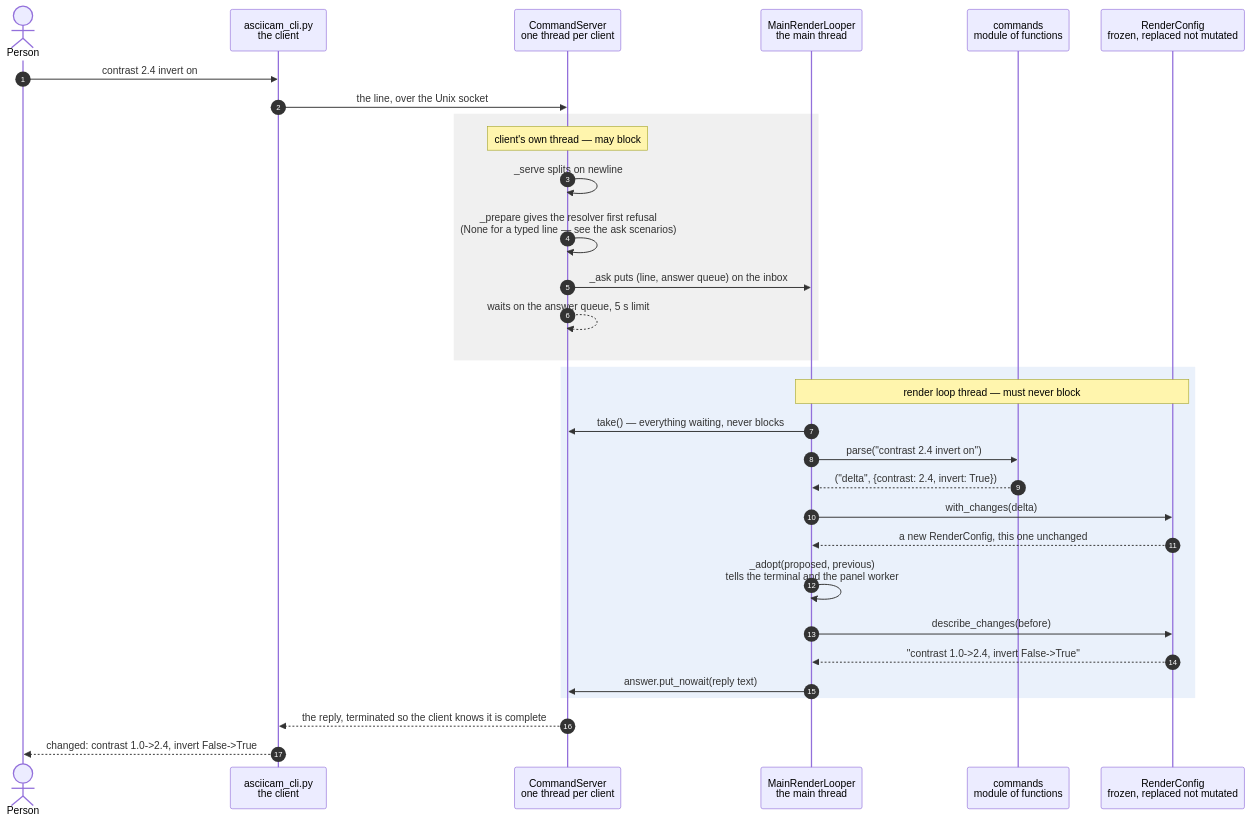
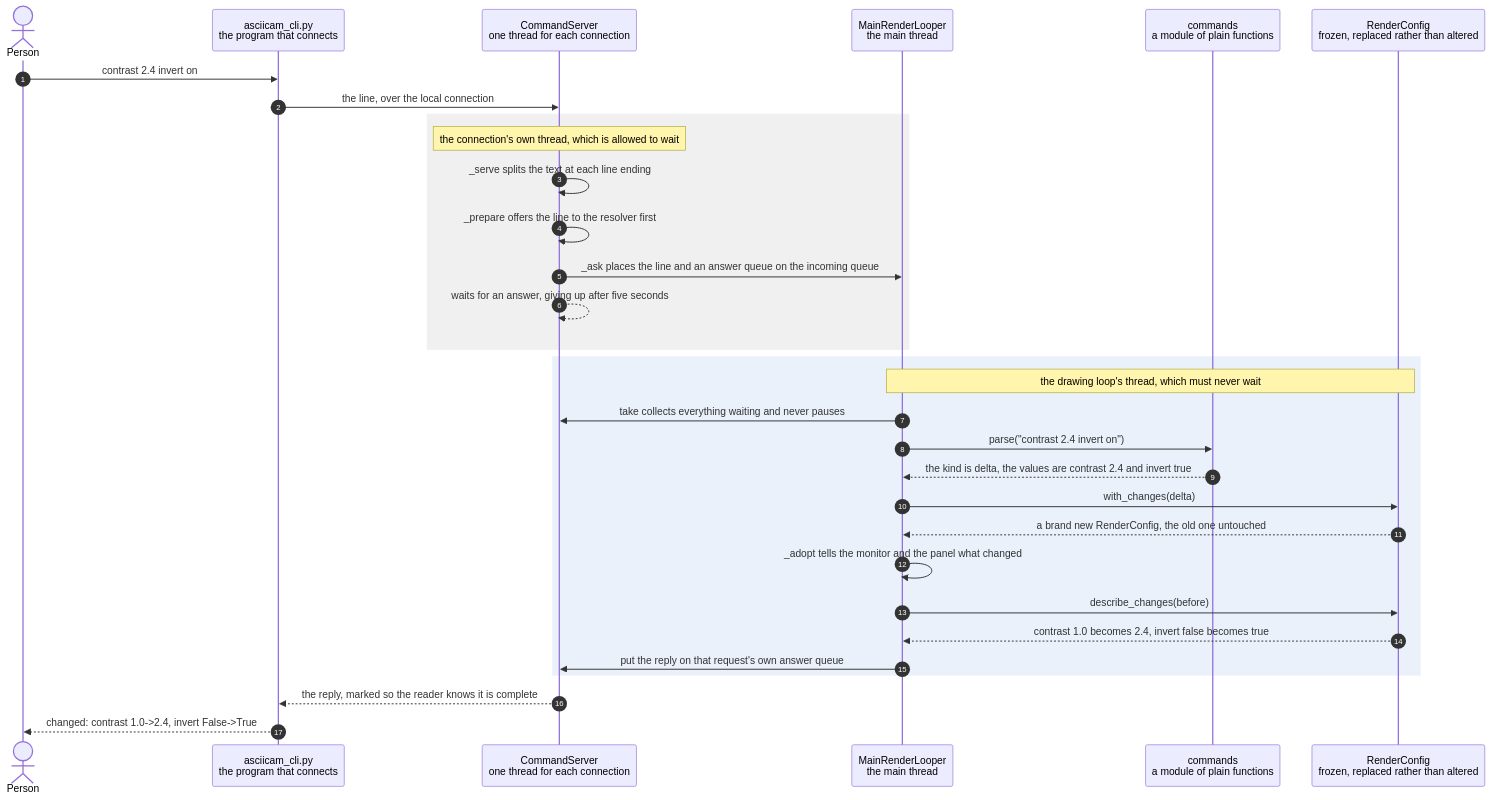
One commit to replicant1/AsciiArt-Pi changed the diagram in docs/scenarios/a-typed-command-updates-the-render-configuration.md. Above: the diagram before and after it, drawn with Mermaid. The commit also changed other lines of this file and 5 other files, not shown here.

````diff
--- a/docs/scenarios/a-typed-command-updates-the-render-configuration.md
+++ b/docs/scenarios/a-typed-command-updates-the-render-configuration.md
@@ -37,39 +49,39 @@
 ```mermaid
 sequenceDiagram
     autonumber
     actor Person
-    participant CLI as asciicam_cli.py<br/>the client
-    participant CS as CommandServer<br/>one thread per client
+    participant CLI as asciicam_cli.py<br/>the program that connects
+    participant CS as CommandServer<br/>one thread for each connection
     participant App as MainRenderLooper<br/>the main thread
-    participant Cmds as commands<br/>module of functions
-    participant Cfg as RenderConfig<br/>frozen, replaced not mutated
+    participant Cmds as commands<br/>a module of plain functions
+    participant Cfg as RenderConfig<br/>frozen, replaced rather than altered
 
     Person->>CLI: contrast 2.4 invert on
-    CLI->>CS: the line, over the Unix socket
+    CLI->>CS: the line, over the local connection
 
     rect rgba(128, 128, 128, 0.12)
-        note over CS: client's own thread — may block
-        CS->>CS: _serve splits on newline
-        CS->>CS: _prepare gives the resolver first refusal<br/>(None for a typed line — see the ask scenarios)
-        CS->>App: _ask puts (line, answer queue) on the inbox
-        CS-->>CS: waits on the answer queue, 5 s limit
+        note over CS: the connection's own thread, which is allowed to wait
+        CS->>CS: _serve splits the text at each line ending
+        CS->>CS: _prepare offers the line to the resolver first
+        CS->>App: _ask places the line and an answer queue on the incoming queue
+        CS-->>CS: waits for an answer, giving up after five seconds
     end
 
     rect rgba(80, 140, 220, 0.12)
-        note over App, Cfg: render loop thread — must never block
-        App->>CS: take() — everything waiting, never blocks
+        note over App, Cfg: the drawing loop's thread, which must never wait
+        App->>CS: take collects everything waiting and never pauses
         App->>Cmds: parse("contrast 2.4 invert on")
-        Cmds-->>App: ("delta", {contrast: 2.4, invert: True})
+        Cmds-->>App: the kind is delta, the values are contrast 2.4 and invert true
         App->>Cfg: with_changes(delta)
 
-        Cfg-->>App: a new RenderConfig, this one unchanged
-        App->>App: _adopt(proposed, previous)<br/>tells the terminal and the panel worker
+        Cfg-->>App: a brand new RenderConfig, the old one untouched
+        App->>App: _adopt tells the monitor and the panel what changed
         App->>Cfg: describe_changes(before)
-        Cfg-->>App: "contrast 1.0->2.4, invert False->True"
+        Cfg-->>App: contrast 1.0 becomes 2.4, invert false becomes true
 
-        App->>CS: answer.put_nowait(reply text)
+        App->>CS: put the reply on that request's own answer queue
     end
 
-    CS-->>CLI: the reply, terminated so the client knows it is complete
+    CS-->>CLI: the reply, marked so the reader knows it is complete
     CLI-->>Person: changed: contrast 1.0->2.4, invert False->True
 ```
````
